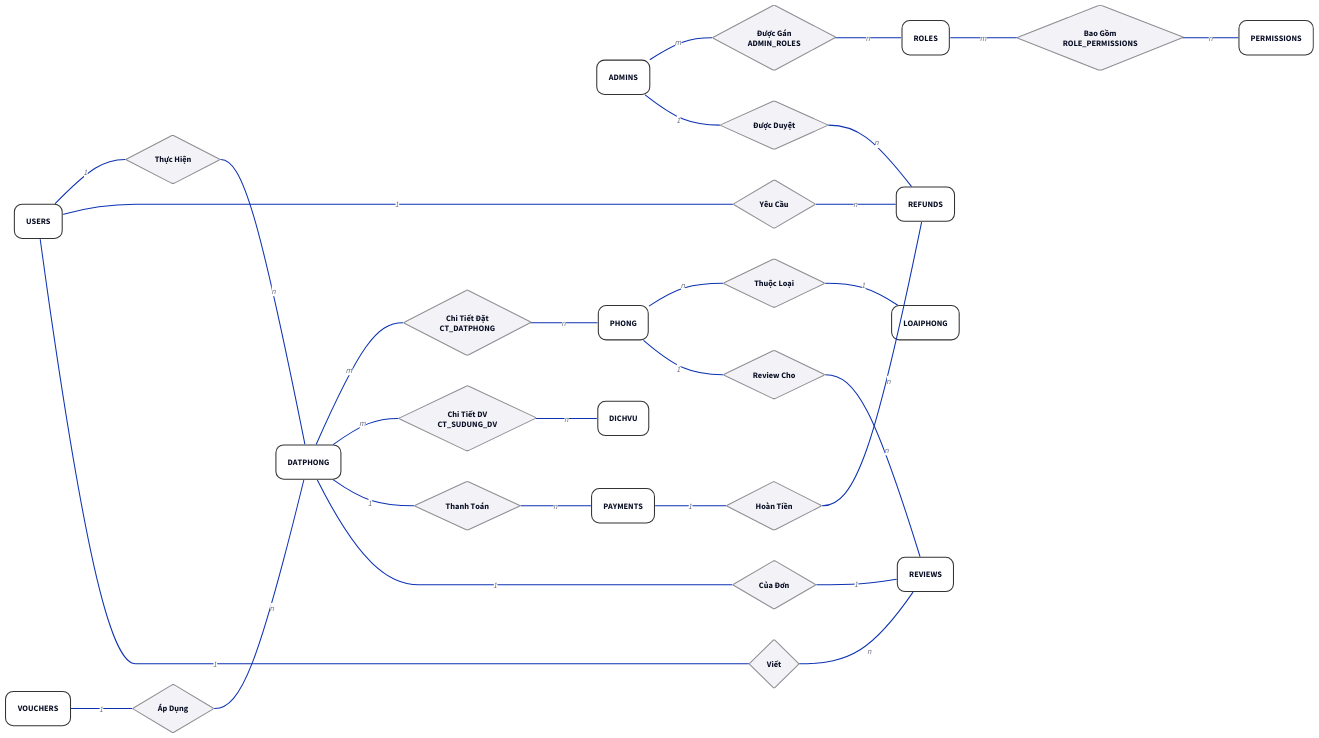
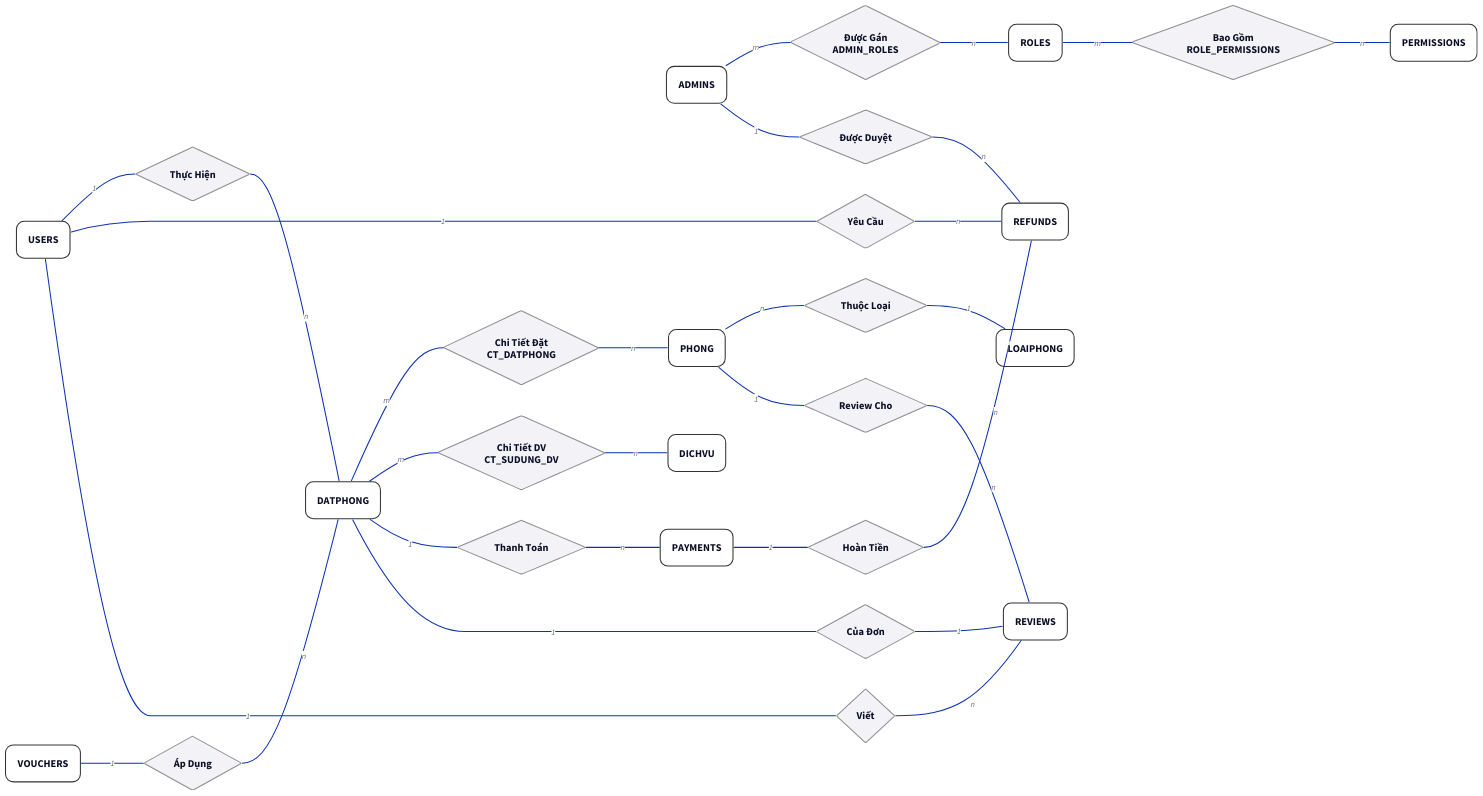
One commit to sam-uit/ie103-project-report changed the diagram in report/content/diagrams/er.d2. Above: the diagram before and after it, drawn with D2.

```diff
--- a/report/content/diagrams/er.d2
+++ b/report/content/diagrams/er.d2
@@ -1,167 +1,170 @@
 # Template: D2
 # Author: Sam Dinh
 # Mục đích: Tạo ER Diagram Chen Notation.
 # Trang nguồn: https://d2lang.com/
 # VSCode extension: Terrastruct.d2
 
 direction: right
 
 # Tiêu đề: căn góc trên-giữa
 # title: |md
 #   # Mô Hình Thực Thể Quan Hệ (ER Diagram Chen Notation)
 # | {near: top-center}
 
 # title.style: {
 # font-size: 20
 # font: "mono"
 # }
 
 # --- 0. STYLES ---
 style: {
-  font: "mono"
+  # font: "mono"
+  font-size: 20
   opacity: 0.0
   fill: transparent
   # stroke: "orange"
   # stroke-width: 5
 }
 
 # --- 1. CSS STYLES (THEME) ---
 classes: {
   # Thực thể: Chữ nhật bo góc Apple style
   entity: {
     shape: rectangle
     style: {
       border-radius: 15
       stroke-width: 2
       fill: "#FFFFFF"
       stroke: "#333333"
+      font-size: 20
     }
   }
 
   # Quan hệ (Relationship): Hình thoi
   rel: {
     shape: diamond
     style: {
       fill: "#F2F2F7"
       stroke: "#8E8E93"
       stroke-width: 2
+      font-size: 20
     }
   }
 
   # Thuộc tính: Oval (chưa dùng nhiều để tránh rối)
   attr: {
     shape: oval
     width: 60
     height: 40
     style: {
       fill: "#F0F8FF"
       stroke: "#0d95de"
       stroke-width: 1
-      font-size: 12
+      font-size: 20
     }
   }
 }
 
 # --- 2. ENTITIES (THỰC THỂ) ---
 # Dựa trên init_tables.sql và tài liệu mô tả
 
 ADMINS: {class: entity; label: "ADMINS"}
 ROLES: {class: entity; label: "ROLES"}
 PERMISSIONS: {class: entity; label: "PERMISSIONS"}
 
 USERS: {class: entity; label: "USERS"}
 VOUCHERS: {class: entity; label: "VOUCHERS"}
 
 DATPHONG: {class: entity; label: "DATPHONG"}
 LOAIPHONG: {class: entity; label: "LOAIPHONG"}
 PHONG: {class: entity; label: "PHONG"}
 DICHVU: {class: entity; label: "DICHVU"}
 
 PAYMENTS: {class: entity; label: "PAYMENTS"}
 REFUNDS: {class: entity; label: "REFUNDS"}
 REVIEWS: {class: entity; label: "REVIEWS"}
 
 # --- 3. RELATIONSHIPS (MỐI QUAN HỆ) ---
 # Phân biệt rõ đâu là quan hệ. 
 # Các bảng trung gian N-N trong SQL được coi là Quan Hệ trong ERD.
 
 # Quan hệ N-N (Từ bảng trung gian)
 ADMIN_ROLES: {class: rel; label: "Được Gán\nADMIN_ROLES"}
 ROLE_PERMISSIONS: {class: rel; label: "Bao Gồm\nROLE_PERMISSIONS"}
 CT_DATPHONG: {class: rel; label: "Chi Tiết Đặt\nCT_DATPHONG"}
 CT_SUDUNG_DV: {class: rel; label: "Chi Tiết DV\nCT_SUDUNG_DV"}
 
 # Quan hệ 1-N / 1-1 (Logical)
 thuc_hien: {class: rel; label: "Thực Hiện"}
 thuoc_loai: {class: rel; label: "Thuộc Loại"}
 ap_dung: {class: rel; label: "Áp Dụng"}
 thanh_toan: {class: rel; label: "Thanh Toán"}
 hoan_tien: {class: rel; label: "Hoàn Tiền"}
 yeu_cau: {class: rel; label: "Yêu Cầu"}
 duoc_duyet: {class: rel; label: "Được Duyệt"}
 tao_review: {class: rel; label: "Viết"}
 review_cho: {class: rel; label: "Review Cho"}
 review_cua: {class: rel; label: "Của Đơn"}
 
 # --- 4. CONNECTIONS (CARDINALITY) ---
 
 # --- Nhóm User & Authorization ---
 # N-N: Admin - Roles
 ADMINS -- ADMIN_ROLES: m
 ADMIN_ROLES -- ROLES: n
 
 # N-N: Roles - Permissions
 ROLES -- ROLE_PERMISSIONS: m
 ROLE_PERMISSIONS -- PERMISSIONS: n
 
 # --- Nhóm Booking & Room ---
 # 1-N: User - DatPhong
 USERS -- thuc_hien: 1
 thuc_hien -- DATPHONG: n
 
 # N-N: DatPhong - Phong (thông qua CT_DATPHONG)
 DATPHONG -- CT_DATPHONG: m
 CT_DATPHONG -- PHONG: n
 
 # 1-N: LoaiPhong - Phong
 PHONG -- thuoc_loai: n
 thuoc_loai -- LOAIPHONG: 1
 
 # 1-N: Voucher - DatPhong
 VOUCHERS -- ap_dung: 1
 ap_dung -- DATPHONG: n
 
 # N-N: DatPhong - DichVu (thông qua CT_SUDUNG_DV)
 DATPHONG -- CT_SUDUNG_DV: m
 CT_SUDUNG_DV -- DICHVU: n
 
 # --- Nhóm Payment & Refund ---
 # 1-N: DatPhong - Payments (Một đơn có thể có nhiều giao dịch?)
 # SQL: Payment references Booking.
 DATPHONG -- thanh_toan: 1
 thanh_toan -- PAYMENTS: n
 
 # 1-N: Payments - Refunds
 PAYMENTS -- hoan_tien: 1
 hoan_tien -- REFUNDS: n
 
 # User & Admin liên quan đến Refund
 USERS -- yeu_cau: 1
 yeu_cau -- REFUNDS: n
 ADMINS -- duoc_duyet: 1
 duoc_duyet -- REFUNDS: n
 
 # --- Nhóm Review ---
 # SQL: Reviews references User, Phong, DatPhong (Unique)
 
 # 1-N: User - Reviews
 USERS -- tao_review: 1
 tao_review -- REVIEWS: n
 
 # 1-N: Phong - Reviews
 PHONG -- review_cho: 1
 review_cho -- REVIEWS: n
 
 # 1-1: DatPhong - Reviews (Mỗi đơn 1 review)
 DATPHONG -- review_cua: 1
 review_cua -- REVIEWS: 1
```
